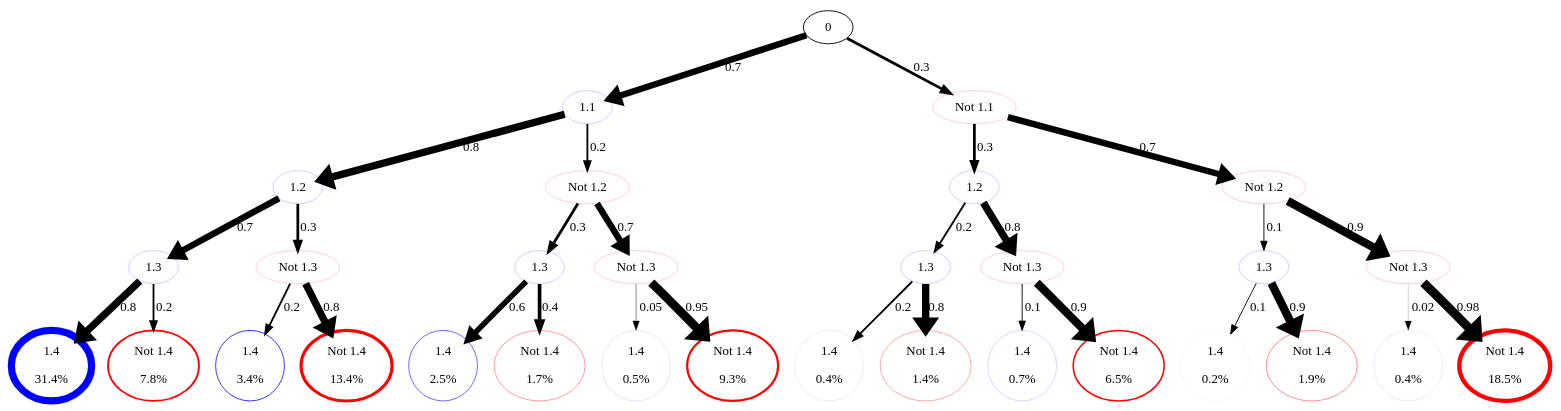
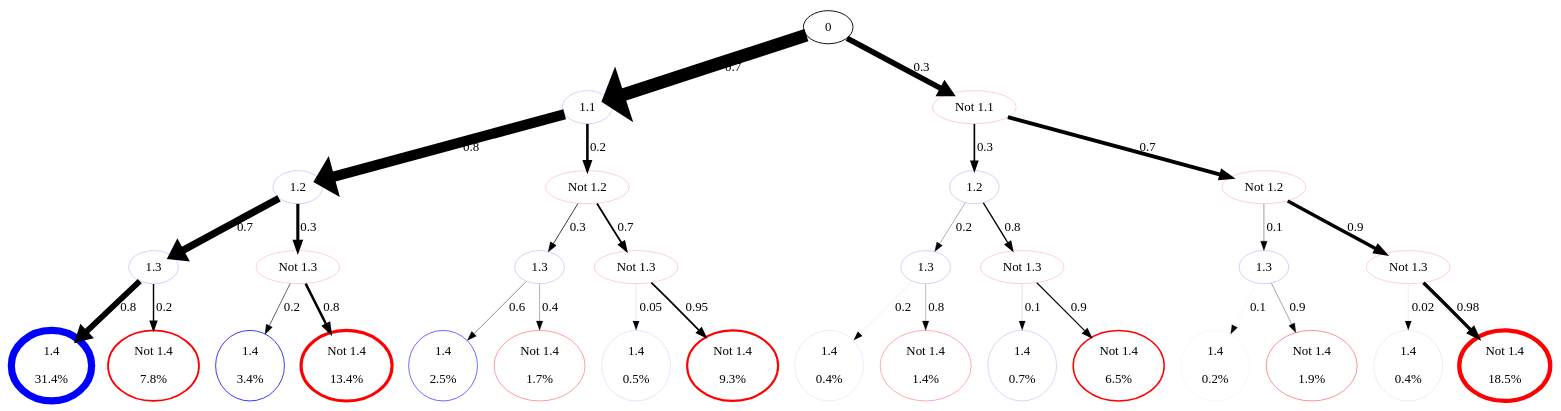
One commit to dandavison/prob-trees changed the diagram in optimistic.csv.dot. Above: the diagram before and after it, drawn with Graphviz. The commit also changed 4 other files, not shown here.

Commit message:
Set arrow widths equal to path probability, instead of conditional prob

```diff
--- a/optimistic.csv.dot
+++ b/optimistic.csv.dot
@@ -30,34 +30,34 @@
 "Node(path='0 -> Not 1.1 -> Not 1.2 -> Not 1.3', label='Not 1.3')" [color=red, label="Not 1.3", penwidth="0.2"];
 "Node(path='0 -> Not 1.1 -> Not 1.2 -> Not 1.3 -> 1.4', label='1.4')" [color=blue, label="1.4\n\n0.4%", penwidth="0.0945"];
 "Node(path='0 -> Not 1.1 -> Not 1.2 -> Not 1.3 -> Not 1.4', label='Not 1.4')" [color=red, label="Not 1.4\n\n18.5%", penwidth="4.6305"];
-"Node(path='0', label='0')" -> "Node(path='0 -> 1.1', label='1.1')"  [label="0.7", name="1.1", penwidth="7.0", prob="0.7"];
-"Node(path='0', label='0')" -> "Node(path='0 -> Not 1.1', label='Not 1.1')"  [label="0.3", name="Not 1.1", penwidth="3.0", prob="0.3"];
-"Node(path='0 -> 1.1', label='1.1')" -> "Node(path='0 -> 1.1 -> 1.2', label='1.2')"  [label="0.8", name="1.2", penwidth="8.0", prob="0.8"];
-"Node(path='0 -> 1.1', label='1.1')" -> "Node(path='0 -> 1.1 -> Not 1.2', label='Not 1.2')"  [label="0.2", name="Not 1.2", penwidth="2.0", prob="0.2"];
-"Node(path='0 -> 1.1 -> 1.2', label='1.2')" -> "Node(path='0 -> 1.1 -> 1.2 -> 1.3', label='1.3')"  [label="0.7", name="1.3", penwidth="7.0", prob="0.7"];
-"Node(path='0 -> 1.1 -> 1.2', label='1.2')" -> "Node(path='0 -> 1.1 -> 1.2 -> Not 1.3', label='Not 1.3')"  [label="0.3", name="Not 1.3", penwidth="3.0", prob="0.3"];
-"Node(path='0 -> 1.1 -> 1.2 -> 1.3', label='1.3')" -> "Node(path='0 -> 1.1 -> 1.2 -> 1.3 -> 1.4', label='1.4')"  [label="0.8", name="1.4", penwidth="8.0", prob="0.8"];
-"Node(path='0 -> 1.1 -> 1.2 -> 1.3', label='1.3')" -> "Node(path='0 -> 1.1 -> 1.2 -> 1.3 -> Not 1.4', label='Not 1.4')"  [label="0.2", name="Not 1.4", penwidth="2.0", prob="0.2"];
-"Node(path='0 -> 1.1 -> 1.2 -> Not 1.3', label='Not 1.3')" -> "Node(path='0 -> 1.1 -> 1.2 -> Not 1.3 -> 1.4', label='1.4')"  [label="0.2", name="1.4", penwidth="2.0", prob="0.2"];
-"Node(path='0 -> 1.1 -> 1.2 -> Not 1.3', label='Not 1.3')" -> "Node(path='0 -> 1.1 -> 1.2 -> Not 1.3 -> Not 1.4', label='Not 1.4')"  [label="0.8", name="Not 1.4", penwidth="8.0", prob="0.8"];
-"Node(path='0 -> 1.1 -> Not 1.2', label='Not 1.2')" -> "Node(path='0 -> 1.1 -> Not 1.2 -> 1.3', label='1.3')"  [label="0.3", name="1.3", penwidth="3.0", prob="0.3"];
-"Node(path='0 -> 1.1 -> Not 1.2', label='Not 1.2')" -> "Node(path='0 -> 1.1 -> Not 1.2 -> Not 1.3', label='Not 1.3')"  [label="0.7", name="Not 1.3", penwidth="7.0", prob="0.7"];
-"Node(path='0 -> 1.1 -> Not 1.2 -> 1.3', label='1.3')" -> "Node(path='0 -> 1.1 -> Not 1.2 -> 1.3 -> 1.4', label='1.4')"  [label="0.6", name="1.4", penwidth="6.0", prob="0.6"];
-"Node(path='0 -> 1.1 -> Not 1.2 -> 1.3', label='1.3')" -> "Node(path='0 -> 1.1 -> Not 1.2 -> 1.3 -> Not 1.4', label='Not 1.4')"  [label="0.4", name="Not 1.4", penwidth="4.0", prob="0.4"];
-"Node(path='0 -> 1.1 -> Not 1.2 -> Not 1.3', label='Not 1.3')" -> "Node(path='0 -> 1.1 -> Not 1.2 -> Not 1.3 -> 1.4', label='1.4')"  [label="0.05", name="1.4", penwidth="0.5", prob="0.05"];
-"Node(path='0 -> 1.1 -> Not 1.2 -> Not 1.3', label='Not 1.3')" -> "Node(path='0 -> 1.1 -> Not 1.2 -> Not 1.3 -> Not 1.4', label='Not 1.4')"  [label="0.95", name="Not 1.4", penwidth="9.5", prob="0.95"];
-"Node(path='0 -> Not 1.1', label='Not 1.1')" -> "Node(path='0 -> Not 1.1 -> 1.2', label='1.2')"  [label="0.3", name="1.2", penwidth="3.0", prob="0.3"];
-"Node(path='0 -> Not 1.1', label='Not 1.1')" -> "Node(path='0 -> Not 1.1 -> Not 1.2', label='Not 1.2')"  [label="0.7", name="Not 1.2", penwidth="7.0", prob="0.7"];
-"Node(path='0 -> Not 1.1 -> 1.2', label='1.2')" -> "Node(path='0 -> Not 1.1 -> 1.2 -> 1.3', label='1.3')"  [label="0.2", name="1.3", penwidth="2.0", prob="0.2"];
-"Node(path='0 -> Not 1.1 -> 1.2', label='1.2')" -> "Node(path='0 -> Not 1.1 -> 1.2 -> Not 1.3', label='Not 1.3')"  [label="0.8", name="Not 1.3", penwidth="8.0", prob="0.8"];
-"Node(path='0 -> Not 1.1 -> 1.2 -> 1.3', label='1.3')" -> "Node(path='0 -> Not 1.1 -> 1.2 -> 1.3 -> 1.4', label='1.4')"  [label="0.2", name="1.4", penwidth="2.0", prob="0.2"];
-"Node(path='0 -> Not 1.1 -> 1.2 -> 1.3', label='1.3')" -> "Node(path='0 -> Not 1.1 -> 1.2 -> 1.3 -> Not 1.4', label='Not 1.4')"  [label="0.8", name="Not 1.4", penwidth="8.0", prob="0.8"];
-"Node(path='0 -> Not 1.1 -> 1.2 -> Not 1.3', label='Not 1.3')" -> "Node(path='0 -> Not 1.1 -> 1.2 -> Not 1.3 -> 1.4', label='1.4')"  [label="0.1", name="1.4", penwidth="1.0", prob="0.1"];
-"Node(path='0 -> Not 1.1 -> 1.2 -> Not 1.3', label='Not 1.3')" -> "Node(path='0 -> Not 1.1 -> 1.2 -> Not 1.3 -> Not 1.4', label='Not 1.4')"  [label="0.9", name="Not 1.4", penwidth="9.0", prob="0.9"];
-"Node(path='0 -> Not 1.1 -> Not 1.2', label='Not 1.2')" -> "Node(path='0 -> Not 1.1 -> Not 1.2 -> 1.3', label='1.3')"  [label="0.1", name="1.3", penwidth="1.0", prob="0.1"];
-"Node(path='0 -> Not 1.1 -> Not 1.2', label='Not 1.2')" -> "Node(path='0 -> Not 1.1 -> Not 1.2 -> Not 1.3', label='Not 1.3')"  [label="0.9", name="Not 1.3", penwidth="9.0", prob="0.9"];
-"Node(path='0 -> Not 1.1 -> Not 1.2 -> 1.3', label='1.3')" -> "Node(path='0 -> Not 1.1 -> Not 1.2 -> 1.3 -> 1.4', label='1.4')"  [label="0.1", name="1.4", penwidth="1.0", prob="0.1"];
-"Node(path='0 -> Not 1.1 -> Not 1.2 -> 1.3', label='1.3')" -> "Node(path='0 -> Not 1.1 -> Not 1.2 -> 1.3 -> Not 1.4', label='Not 1.4')"  [label="0.9", name="Not 1.4", penwidth="9.0", prob="0.9"];
-"Node(path='0 -> Not 1.1 -> Not 1.2 -> Not 1.3', label='Not 1.3')" -> "Node(path='0 -> Not 1.1 -> Not 1.2 -> Not 1.3 -> 1.4', label='1.4')"  [label="0.02", name="1.4", penwidth="0.2", prob="0.02"];
-"Node(path='0 -> Not 1.1 -> Not 1.2 -> Not 1.3', label='Not 1.3')" -> "Node(path='0 -> Not 1.1 -> Not 1.2 -> Not 1.3 -> Not 1.4', label='Not 1.4')"  [label="0.98", name="Not 1.4", penwidth="9.8", prob="0.98"];
+"Node(path='0', label='0')" -> "Node(path='0 -> 1.1', label='1.1')"  [label="0.7", name="1.1", penwidth="14.0", prob="0.7"];
+"Node(path='0', label='0')" -> "Node(path='0 -> Not 1.1', label='Not 1.1')"  [label="0.3", name="Not 1.1", penwidth="6.0", prob="0.3"];
+"Node(path='0 -> 1.1', label='1.1')" -> "Node(path='0 -> 1.1 -> 1.2', label='1.2')"  [label="0.8", name="1.2", penwidth="11.2", prob="0.8"];
+"Node(path='0 -> 1.1', label='1.1')" -> "Node(path='0 -> 1.1 -> Not 1.2', label='Not 1.2')"  [label="0.2", name="Not 1.2", penwidth="2.8", prob="0.2"];
+"Node(path='0 -> 1.1 -> 1.2', label='1.2')" -> "Node(path='0 -> 1.1 -> 1.2 -> 1.3', label='1.3')"  [label="0.7", name="1.3", penwidth="7.839999999999999", prob="0.7"];
+"Node(path='0 -> 1.1 -> 1.2', label='1.2')" -> "Node(path='0 -> 1.1 -> 1.2 -> Not 1.3', label='Not 1.3')"  [label="0.3", name="Not 1.3", penwidth="3.3599999999999994", prob="0.3"];
+"Node(path='0 -> 1.1 -> 1.2 -> 1.3', label='1.3')" -> "Node(path='0 -> 1.1 -> 1.2 -> 1.3 -> 1.4', label='1.4')"  [label="0.8", name="1.4", penwidth="6.272", prob="0.8"];
+"Node(path='0 -> 1.1 -> 1.2 -> 1.3', label='1.3')" -> "Node(path='0 -> 1.1 -> 1.2 -> 1.3 -> Not 1.4', label='Not 1.4')"  [label="0.2", name="Not 1.4", penwidth="1.568", prob="0.2"];
+"Node(path='0 -> 1.1 -> 1.2 -> Not 1.3', label='Not 1.3')" -> "Node(path='0 -> 1.1 -> 1.2 -> Not 1.3 -> 1.4', label='1.4')"  [label="0.2", name="1.4", penwidth="0.6719999999999999", prob="0.2"];
+"Node(path='0 -> 1.1 -> 1.2 -> Not 1.3', label='Not 1.3')" -> "Node(path='0 -> 1.1 -> 1.2 -> Not 1.3 -> Not 1.4', label='Not 1.4')"  [label="0.8", name="Not 1.4", penwidth="2.6879999999999997", prob="0.8"];
+"Node(path='0 -> 1.1 -> Not 1.2', label='Not 1.2')" -> "Node(path='0 -> 1.1 -> Not 1.2 -> 1.3', label='1.3')"  [label="0.3", name="1.3", penwidth="0.8399999999999999", prob="0.3"];
+"Node(path='0 -> 1.1 -> Not 1.2', label='Not 1.2')" -> "Node(path='0 -> 1.1 -> Not 1.2 -> Not 1.3', label='Not 1.3')"  [label="0.7", name="Not 1.3", penwidth="1.9599999999999997", prob="0.7"];
+"Node(path='0 -> 1.1 -> Not 1.2 -> 1.3', label='1.3')" -> "Node(path='0 -> 1.1 -> Not 1.2 -> 1.3 -> 1.4', label='1.4')"  [label="0.6", name="1.4", penwidth="0.5039999999999999", prob="0.6"];
+"Node(path='0 -> 1.1 -> Not 1.2 -> 1.3', label='1.3')" -> "Node(path='0 -> 1.1 -> Not 1.2 -> 1.3 -> Not 1.4', label='Not 1.4')"  [label="0.4", name="Not 1.4", penwidth="0.33599999999999997", prob="0.4"];
+"Node(path='0 -> 1.1 -> Not 1.2 -> Not 1.3', label='Not 1.3')" -> "Node(path='0 -> 1.1 -> Not 1.2 -> Not 1.3 -> 1.4', label='1.4')"  [label="0.05", name="1.4", penwidth="0.098", prob="0.05"];
+"Node(path='0 -> 1.1 -> Not 1.2 -> Not 1.3', label='Not 1.3')" -> "Node(path='0 -> 1.1 -> Not 1.2 -> Not 1.3 -> Not 1.4', label='Not 1.4')"  [label="0.95", name="Not 1.4", penwidth="1.8619999999999997", prob="0.95"];
+"Node(path='0 -> Not 1.1', label='Not 1.1')" -> "Node(path='0 -> Not 1.1 -> 1.2', label='1.2')"  [label="0.3", name="1.2", penwidth="1.7999999999999998", prob="0.3"];
+"Node(path='0 -> Not 1.1', label='Not 1.1')" -> "Node(path='0 -> Not 1.1 -> Not 1.2', label='Not 1.2')"  [label="0.7", name="Not 1.2", penwidth="4.2", prob="0.7"];
+"Node(path='0 -> Not 1.1 -> 1.2', label='1.2')" -> "Node(path='0 -> Not 1.1 -> 1.2 -> 1.3', label='1.3')"  [label="0.2", name="1.3", penwidth="0.36", prob="0.2"];
+"Node(path='0 -> Not 1.1 -> 1.2', label='1.2')" -> "Node(path='0 -> Not 1.1 -> 1.2 -> Not 1.3', label='Not 1.3')"  [label="0.8", name="Not 1.3", penwidth="1.44", prob="0.8"];
+"Node(path='0 -> Not 1.1 -> 1.2 -> 1.3', label='1.3')" -> "Node(path='0 -> Not 1.1 -> 1.2 -> 1.3 -> 1.4', label='1.4')"  [label="0.2", name="1.4", penwidth="0.072", prob="0.2"];
+"Node(path='0 -> Not 1.1 -> 1.2 -> 1.3', label='1.3')" -> "Node(path='0 -> Not 1.1 -> 1.2 -> 1.3 -> Not 1.4', label='Not 1.4')"  [label="0.8", name="Not 1.4", penwidth="0.288", prob="0.8"];
+"Node(path='0 -> Not 1.1 -> 1.2 -> Not 1.3', label='Not 1.3')" -> "Node(path='0 -> Not 1.1 -> 1.2 -> Not 1.3 -> 1.4', label='1.4')"  [label="0.1", name="1.4", penwidth="0.144", prob="0.1"];
+"Node(path='0 -> Not 1.1 -> 1.2 -> Not 1.3', label='Not 1.3')" -> "Node(path='0 -> Not 1.1 -> 1.2 -> Not 1.3 -> Not 1.4', label='Not 1.4')"  [label="0.9", name="Not 1.4", penwidth="1.2959999999999998", prob="0.9"];
+"Node(path='0 -> Not 1.1 -> Not 1.2', label='Not 1.2')" -> "Node(path='0 -> Not 1.1 -> Not 1.2 -> 1.3', label='1.3')"  [label="0.1", name="1.3", penwidth="0.42000000000000004", prob="0.1"];
+"Node(path='0 -> Not 1.1 -> Not 1.2', label='Not 1.2')" -> "Node(path='0 -> Not 1.1 -> Not 1.2 -> Not 1.3', label='Not 1.3')"  [label="0.9", name="Not 1.3", penwidth="3.7800000000000002", prob="0.9"];
+"Node(path='0 -> Not 1.1 -> Not 1.2 -> 1.3', label='1.3')" -> "Node(path='0 -> Not 1.1 -> Not 1.2 -> 1.3 -> 1.4', label='1.4')"  [label="0.1", name="1.4", penwidth="0.04200000000000001", prob="0.1"];
+"Node(path='0 -> Not 1.1 -> Not 1.2 -> 1.3', label='1.3')" -> "Node(path='0 -> Not 1.1 -> Not 1.2 -> 1.3 -> Not 1.4', label='Not 1.4')"  [label="0.9", name="Not 1.4", penwidth="0.378", prob="0.9"];
+"Node(path='0 -> Not 1.1 -> Not 1.2 -> Not 1.3', label='Not 1.3')" -> "Node(path='0 -> Not 1.1 -> Not 1.2 -> Not 1.3 -> 1.4', label='1.4')"  [label="0.02", name="1.4", penwidth="0.0756", prob="0.02"];
+"Node(path='0 -> Not 1.1 -> Not 1.2 -> Not 1.3', label='Not 1.3')" -> "Node(path='0 -> Not 1.1 -> Not 1.2 -> Not 1.3 -> Not 1.4', label='Not 1.4')"  [label="0.98", name="Not 1.4", penwidth="3.7043999999999997", prob="0.98"];
 }
```
